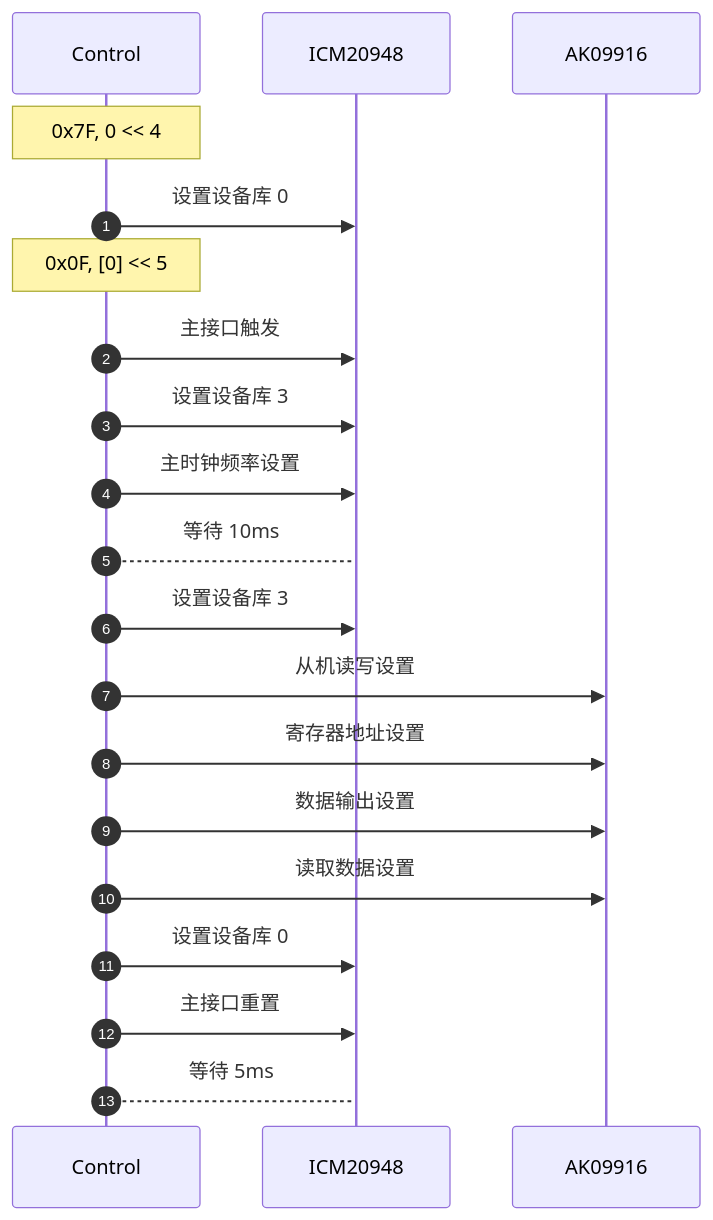
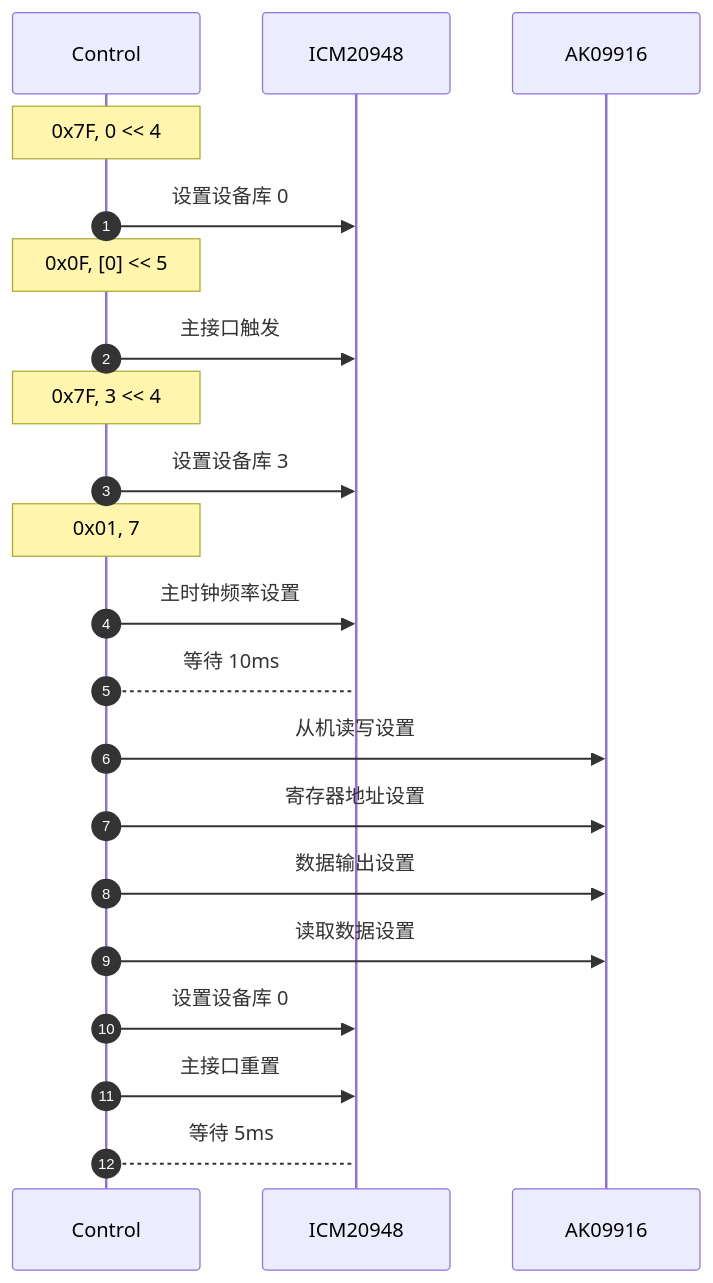
The fourth of 4 diagrams in _posts/2025-04-06-mdchart.md (hkdickyko/hkdickyko.github.io), drawn with Mermaid before and after one commit. The commit also changed other lines of this file, not shown here.

```diff
--- a/_posts/2025-04-06-mdchart.md
+++ b/_posts/2025-04-06-mdchart.md
@@ -194,23 +191,24 @@
 <div class="mermaid">
 sequenceDiagram;
    autonumber;
    participant C as Control;
    participant I as ICM20948;
    participant A as AK09916;
    note over C: 0x7F, 0 << 4;
    C->>I: 设置设备库 0;
    note over C: 0x0F, [0] << 5
    C->>I: 主接口触发;
+   note over C: 0x7F, 3 << 4;
    C->>I: 设置设备库 3;
+   note over C: 0x01, 7;
    C->>I: 主时钟频率设置;
    C-->I: 等待 10ms;
-   C->>I: 设置设备库 3;
    C->>A: 从机读写设置;
    C->>A: 寄存器地址设置;
    C->>A: 数据输出设置;
    C->>A: 读取数据设置;
    C->>I: 设置设备库 0;
    C->>I: 主接口重置;
    C-->I: 等待 5ms;
 
 </div>   
```
